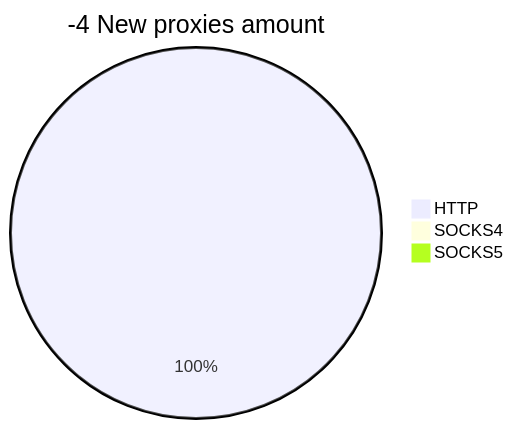
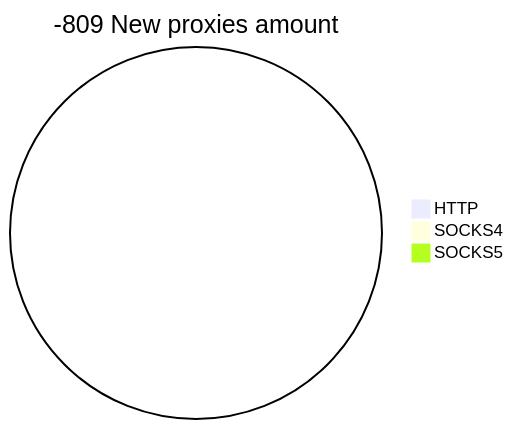
One commit to cutipu/proxylist changed the second of 2 diagrams in README.md. Above: the diagram before and after it, drawn with Mermaid. The commit also changed other lines of this file, not shown here.

````diff
--- a/README.md
+++ b/README.md
@@ -10,6 +10,6 @@
 ```mermaid
-pie title -4 New proxies amount
-    "HTTP" : 1
+pie title -809 New proxies amount
+    "HTTP" : 0
     "SOCKS4" : 0
     "SOCKS5" : 0
 ```
````
